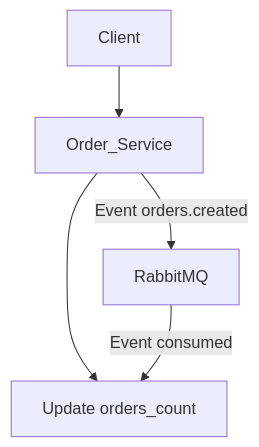
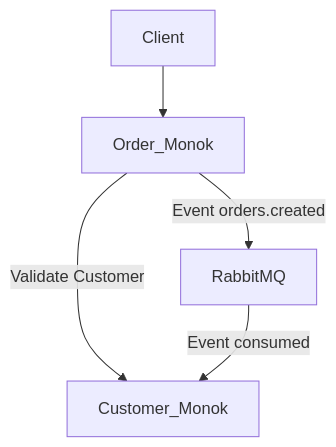
The diagram in README.md (johncuervo/monok-stack-up), drawn with Mermaid before and after one commit. The commit also changed other lines of this file and 1 other file, not shown here.

````diff
--- a/README.md
+++ b/README.md
@@ -126,7 +143,7 @@
 ```mermaid
 graph TD;
-    Client-->Order_Service;
-    Order_Service-->Customer_Service[Validate Customer];
-    Order_Service-->|Event orders.created| RabbitMQ;
-    RabbitMQ-->|Event consumed| Customer_Service[Update orders_count];
+    Client-->Order_Monok;
+    Order_Monok-->|Validate Customer| Customer_Monok;
+    Order_Monok-->|Event orders.created| RabbitMQ;
+    RabbitMQ-->|Event consumed| Customer_Monok;
 ```
````
